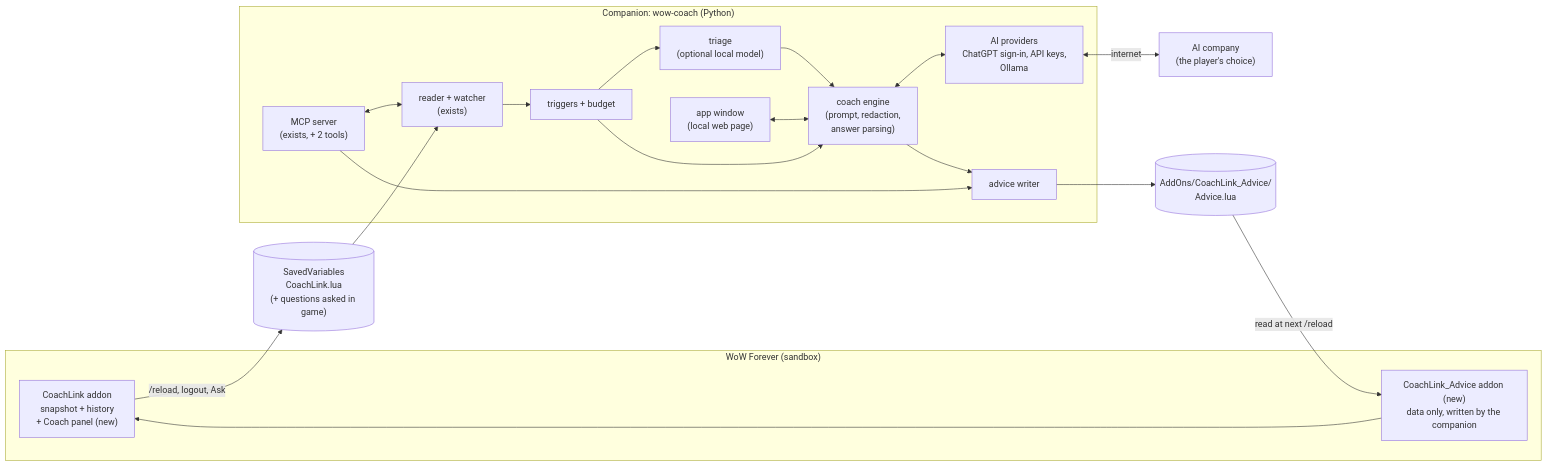
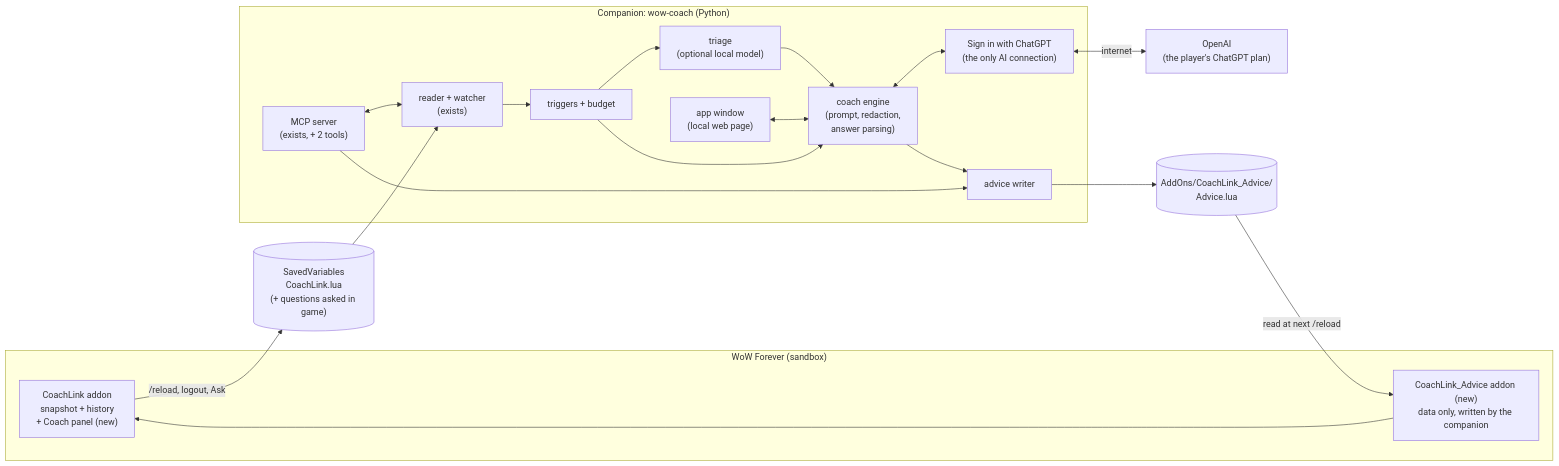
The diagram in docs/plans/coach-panel.md (RayanBayat/wow-coach), drawn with Mermaid before and after one commit. The commit also changed other lines of this file, not shown here.

Commit message:
docs: make Sign in with ChatGPT the only AI connection in the plan

````diff
--- a/docs/plans/coach-panel.md
+++ b/docs/plans/coach-panel.md
@@ -120,28 +129,28 @@
 ```mermaid
 flowchart LR
     subgraph Game["WoW Forever (sandbox)"]
         P["CoachLink addon<br/>snapshot + history<br/>+ Coach panel (new)"]
         D["CoachLink_Advice addon (new)<br/>data only, written by the companion"]
     end
     SV[("SavedVariables<br/>CoachLink.lua<br/>(+ questions asked in game)")]
     AF[("AddOns/CoachLink_Advice/<br/>Advice.lua")]
     subgraph PC["Companion: wow-coach (Python)"]
         R["reader + watcher<br/>(exists)"]
         T["triggers + budget"]
         Q["triage<br/>(optional local model)"]
         E["coach engine<br/>(prompt, redaction,<br/>answer parsing)"]
-        AI["AI providers<br/>ChatGPT sign-in, API keys,<br/>Ollama"]
+        AI["Sign in with ChatGPT<br/>(the only AI connection)"]
         W["advice writer"]
         UI["app window<br/>(local web page)"]
         MCP["MCP server<br/>(exists, + 2 tools)"]
     end
     P -->|"/reload, logout, Ask"| SV --> R
     R --> T --> Q --> E
     T --> E
     UI <--> E
     E <--> AI
     E --> W --> AF -->|"read at next /reload"| D --> P
     MCP <--> R
     MCP --> W
-    AI <-->|internet| Cloud["AI company<br/>(the player's choice)"]
+    AI <-->|internet| Cloud["OpenAI<br/>(the player's ChatGPT plan)"]
 ```
````
